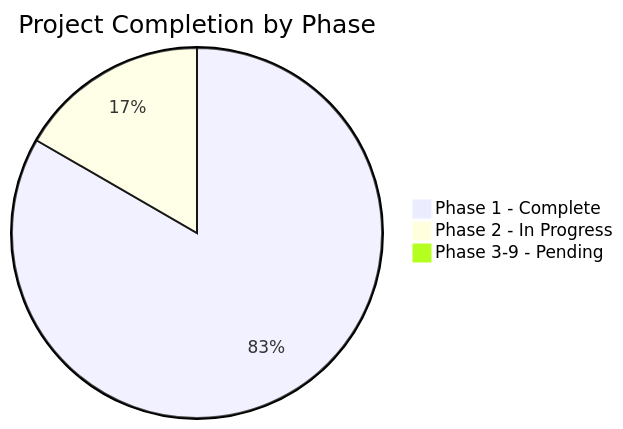
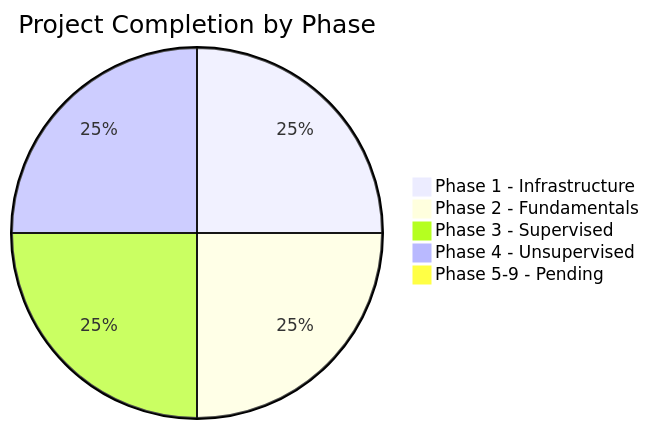
One commit to hkevin01/python-ML-learn changed the tenth of 11 diagrams in README.md. Above: the diagram before and after it, drawn with Mermaid. The commit also changed other lines of this file, not shown here.

````diff
--- a/README.md
+++ b/README.md
@@ -648,6 +680,8 @@
 ```mermaid
 pie title Project Completion by Phase
-    "Phase 1 - Complete" : 100
-    "Phase 2 - In Progress" : 20
-    "Phase 3-9 - Pending" : 0
+    "Phase 1 - Infrastructure" : 100
+    "Phase 2 - Fundamentals" : 100
+    "Phase 3 - Supervised" : 100
+    "Phase 4 - Unsupervised" : 100
+    "Phase 5-9 - Pending" : 0
 ```
````
